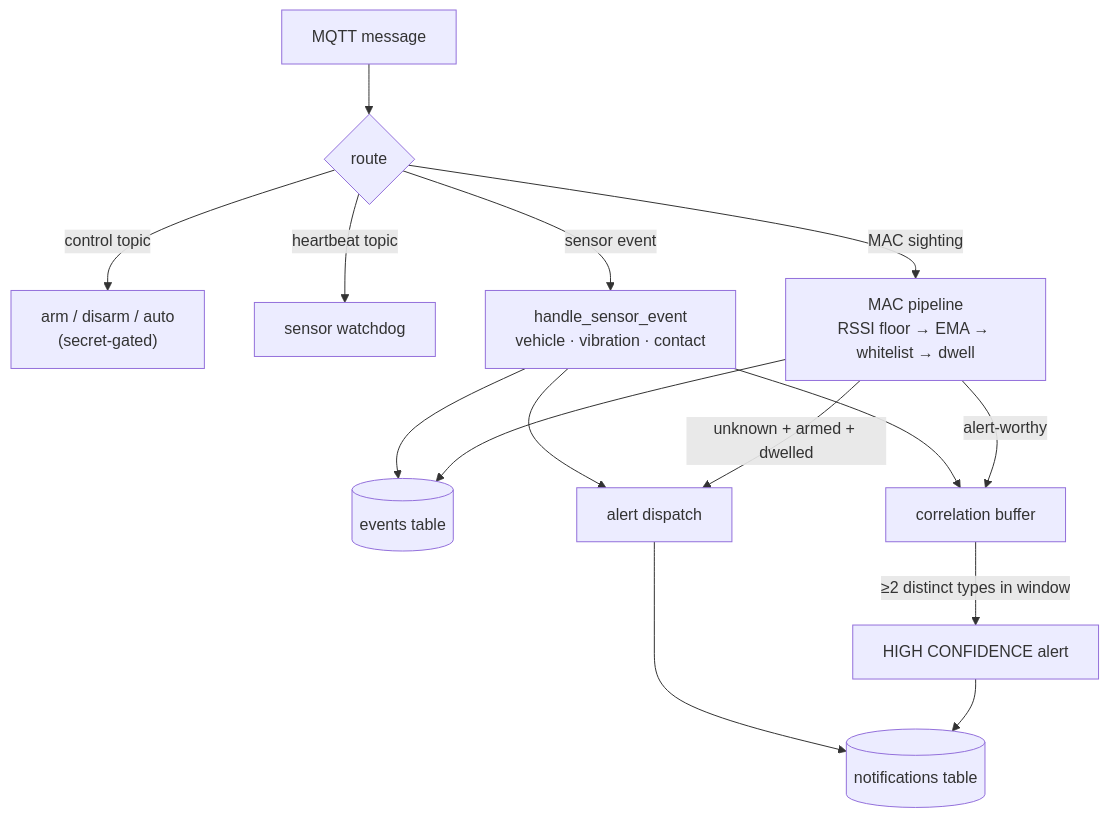
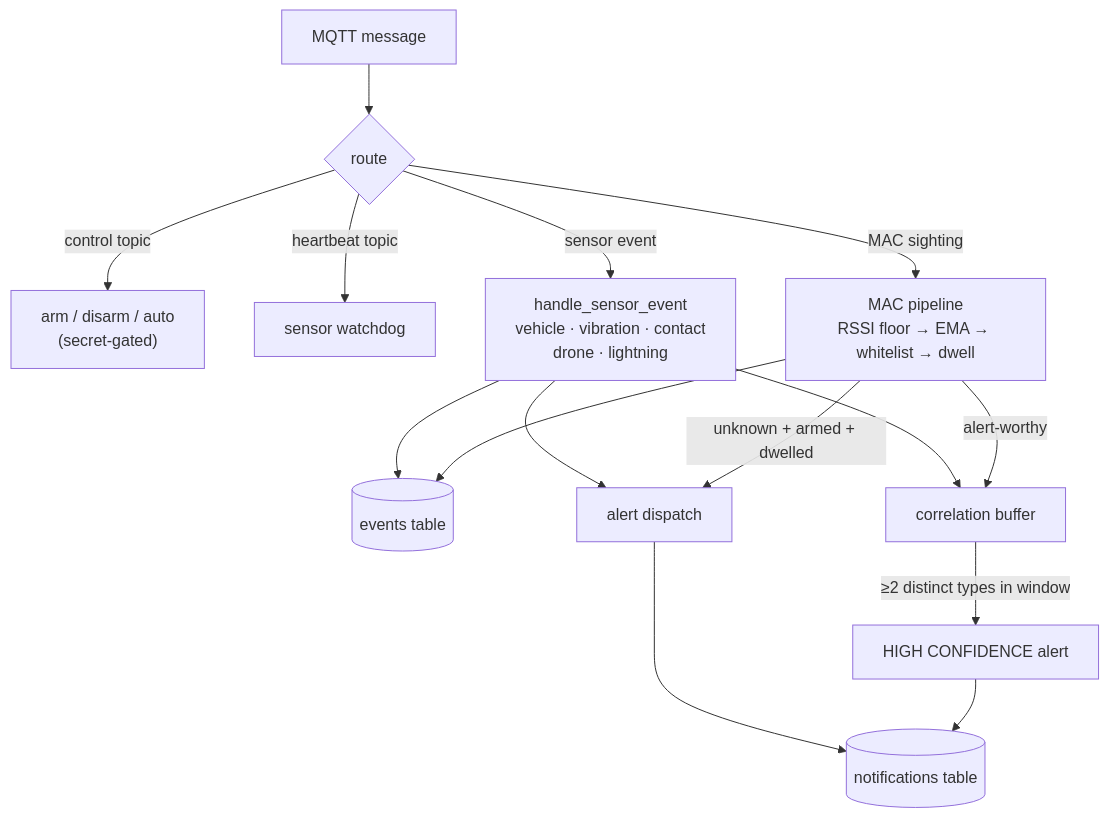
The diagram in docs/architecture.md (OutandBack/meshtripwire), drawn with Mermaid before and after one commit. The commit also changed other lines of this file and 6 other files, not shown here.

````diff
--- a/docs/architecture.md
+++ b/docs/architecture.md
@@ -10,17 +10,17 @@
 ```mermaid
 flowchart TB
     IN["MQTT message"] --> ROUTE{route}
     ROUTE -->|control topic| ARM["arm / disarm / auto<br/>(secret-gated)"]
     ROUTE -->|heartbeat topic| WD["sensor watchdog"]
-    ROUTE -->|sensor event| EV["handle_sensor_event<br/>vehicle · vibration · contact"]
+    ROUTE -->|sensor event| EV["handle_sensor_event<br/>vehicle · vibration · contact<br/>drone · lightning"]
     ROUTE -->|MAC sighting| MAC["MAC pipeline<br/>RSSI floor → EMA → whitelist → dwell"]
     EV --> LOG[("events table")]
     MAC --> LOG
     EV --> COR["correlation buffer"]
     MAC -->|alert-worthy| COR
     EV --> AL["alert dispatch"]
     MAC -->|unknown + armed + dwelled| AL
     COR -->|"≥2 distinct types in window"| HC["HIGH CONFIDENCE alert"]
     AL --> NLOG[("notifications table")]
     HC --> NLOG
 ```
````
